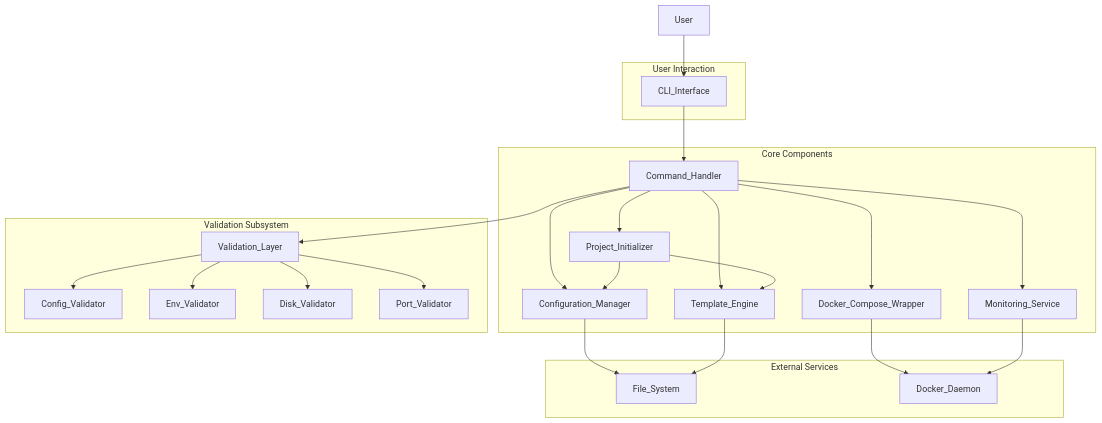
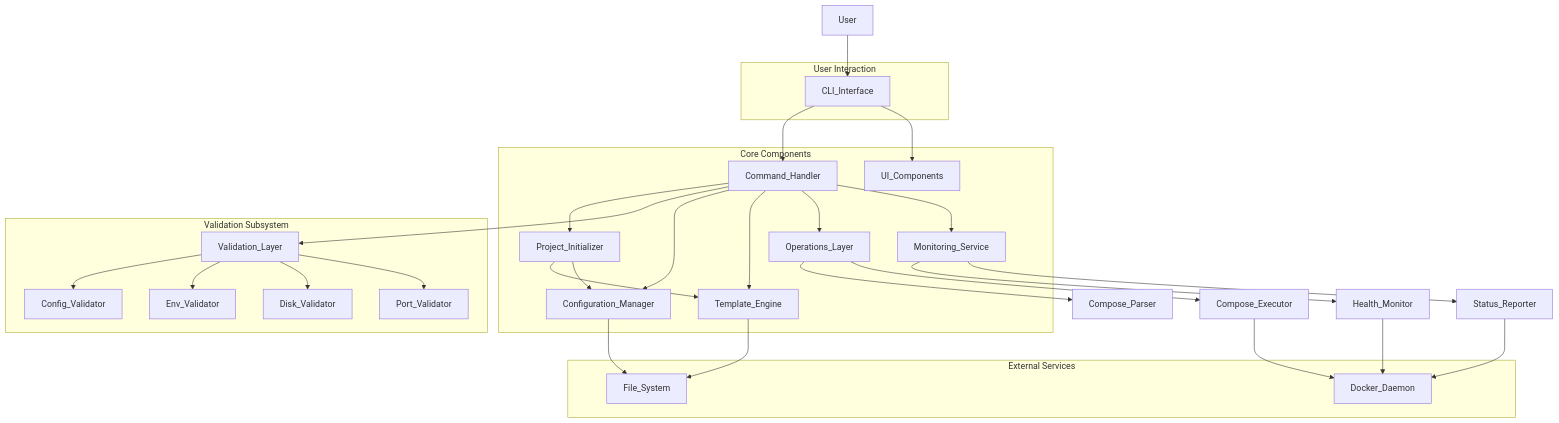
One commit to kkauto-net/kk-install changed the diagram in docs/system-architecture.md. Above: the diagram before and after it, drawn with Mermaid. The commit also changed other lines of this file and 8 other files, not shown here.

````diff
--- a/docs/system-architecture.md
+++ b/docs/system-architecture.md
@@ -7,52 +7,63 @@
 ```mermaid
 graph TD
     User --> CLI_Interface;
 
     CLI_Interface --> Command_Handler;
 
     Command_Handler --> Project_Initializer;
     Command_Handler --> Validation_Layer;
     Command_Handler --> Configuration_Manager;
     Command_Handler --> Template_Engine;
-    Command_Handler --> Docker_Compose_Wrapper;
+    Command_Handler --> Operations_Layer;
     Command_Handler --> Monitoring_Service;
 
     Project_Initializer --> Template_Engine;
     Project_Initializer --> Configuration_Manager;
 
     Validation_Layer --> Config_Validator;
     Validation_Layer --> Env_Validator;
     Validation_Layer --> Disk_Validator;
     Validation_Layer --> Port_Validator;
 
+    Operations_Layer --> Compose_Parser;
+    Operations_Layer --> Compose_Executor;
+
+    Monitoring_Service --> Health_Monitor;
+    Monitoring_Service --> Status_Reporter;
+
+    CLI_Interface --> UI_Components;
+
     Configuration_Manager --> File_System;
     Template_Engine --> File_System;
-    Docker_Compose_Wrapper --> Docker_Daemon;
-    Monitoring_Service --> Docker_Daemon;
+    Compose_Executor --> Docker_Daemon;
+    Health_Monitor --> Docker_Daemon;
+    Status_Reporter --> Docker_Daemon;
 
     subgraph Core Components
         Command_Handler
         Project_Initializer
         Configuration_Manager
         Template_Engine
-        Docker_Compose_Wrapper
+        Operations_Layer
         Monitoring_Service
+        UI_Components
     end
 
     subgraph User Interaction
         CLI_Interface
     end
 
     subgraph External Services
         Docker_Daemon
         File_System
     end
 
     subgraph Validation Subsystem
         Validation_Layer
         Config_Validator
         Env_Validator
         Disk_Validator
         Port_Validator
     end
+
 ```
````
